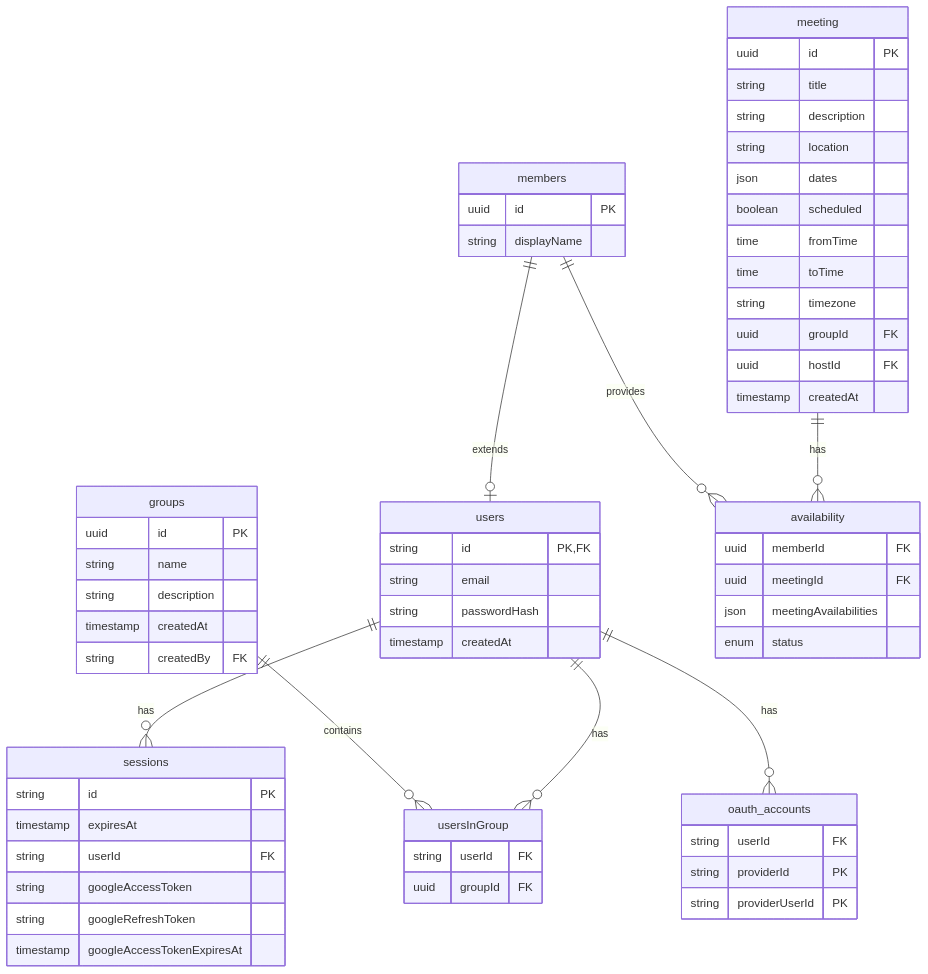
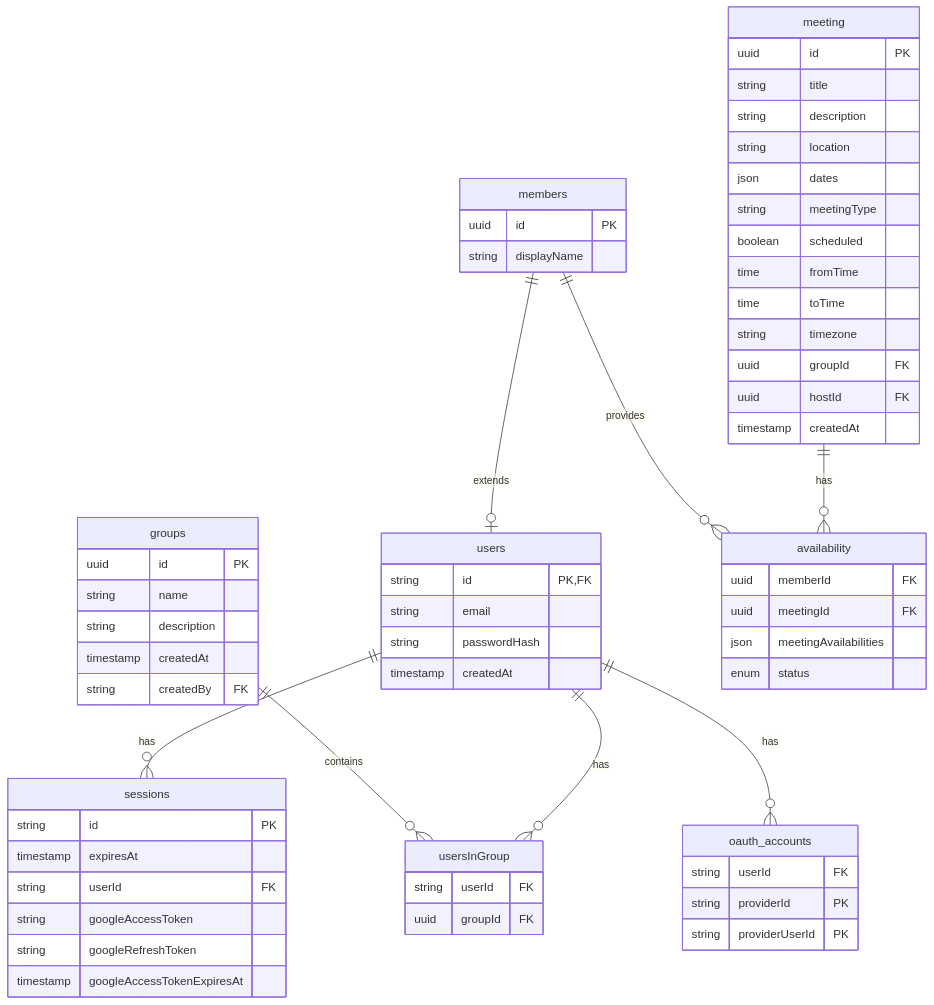
The diagram in README.md (icssc/ZotMeet), drawn with Mermaid before and after one commit.

Commit message:
docs: 📚️ add meetingType to meetings table in README

````diff
--- a/README.md
+++ b/README.md
@@ -87,65 +87,66 @@
 ```mermaid
 erDiagram
     users {
         string id PK, FK
         string email
         string passwordHash
         timestamp createdAt
     }
     groups {
         uuid id PK
         string name
         string description
         timestamp createdAt
         string createdBy FK
     }
     usersInGroup {
         string userId FK
         uuid groupId FK
     }
     members {
         uuid id PK
         string displayName
     }
     availability {
         uuid memberId FK
         uuid meetingId FK
         json meetingAvailabilities
         enum status
     }
     meeting {
         uuid id PK
         string title
         string description
         string location
         json dates
+        string meetingType
         boolean scheduled
         time fromTime
         time toTime
         string timezone
         uuid groupId FK
         uuid hostId FK
         timestamp createdAt
     }
     sessions {
         string id PK
         timestamp expiresAt
         string userId FK
         string googleAccessToken
         string googleRefreshToken
         timestamp googleAccessTokenExpiresAt
     }
     oauth_accounts {
         string userId FK
         string providerId PK
         string providerUserId PK
     }
 
     meeting ||--o{ availability : has
     users ||--o{ usersInGroup : has
     groups ||--o{ usersInGroup : contains
     members ||--o| users : extends
     members ||--o{ availability : provides
     users ||--o{ sessions : has
     users ||--o{ oauth_accounts : has
 ```
````
